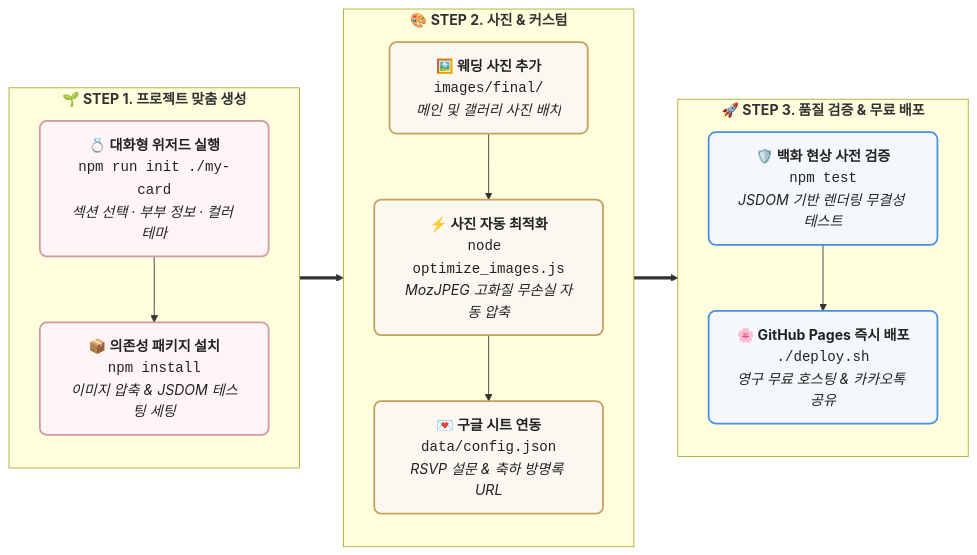
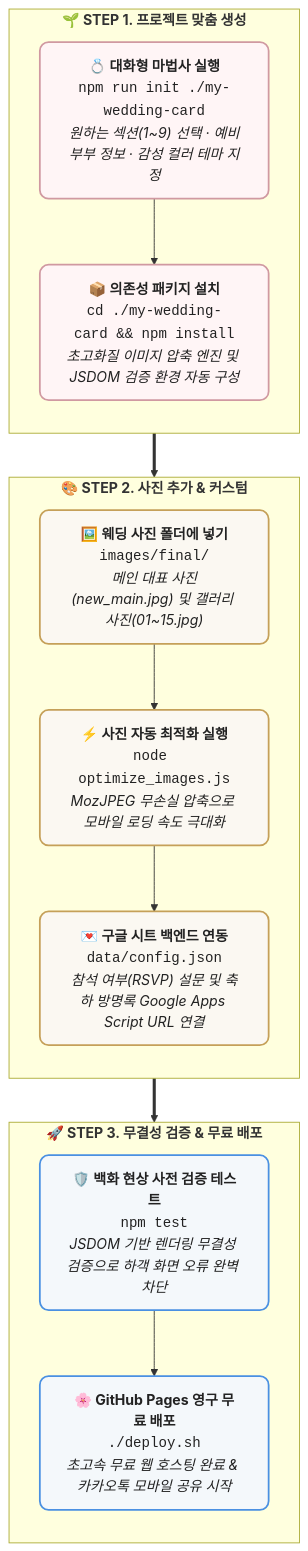
Before and after one commit to unoShin/wedding-card: the diagram in .agents/skills/mobile-wedding-card/README.md, drawn with Mermaid.

Commit message:
Auto-deploy verification passed: 2026-08-28 17:41:15

````diff
--- a/.agents/skills/mobile-wedding-card/README.md
+++ b/.agents/skills/mobile-wedding-card/README.md
@@ -116,37 +116,39 @@
 ```mermaid
-flowchart LR
-    %% Subgraphs for 3 distinct phases
+flowchart TD
+    %% Phase 1: 맞춤 프로젝트 생성
     subgraph P1 ["<b>🌱 STEP 1. 프로젝트 맞춤 생성</b>"]
         direction TB
-        A["<b>💍 대화형 위저드 실행</b><br/><code>npm run init ./my-card</code><br/><i>섹션 선택 · 부부 정보 · 컬러 테마</i>"]
-        B["<b>📦 의존성 패키지 설치</b><br/><code>npm install</code><br/><i>이미지 압축 & JSDOM 테스팅 세팅</i>"]
+        A["<b>💍 대화형 마법사 실행</b><br/><code>npm run init ./my-wedding-card</code><br/><i>원하는 섹션(1~9) 선택 · 예비부부 정보 · 감성 컬러 테마 지정</i>"]
+        B["<b>📦 의존성 패키지 설치</b><br/><code>cd ./my-wedding-card && npm install</code><br/><i>초고화질 이미지 압축 엔진 및 JSDOM 검증 환경 자동 구성</i>"]
         A --> B
     end
 
-    subgraph P2 ["<b>🎨 STEP 2. 사진 & 커스텀</b>"]
+    %% Phase 2: 사진 및 커스텀
+    subgraph P2 ["<b>🎨 STEP 2. 사진 추가 & 커스텀</b>"]
         direction TB
-        C["<b>🖼️ 웨딩 사진 추가</b><br/><code>images/final/</code><br/><i>메인 및 갤러리 사진 배치</i>"]
-        D["<b>⚡ 사진 자동 최적화</b><br/><code>node optimize_images.js</code><br/><i>MozJPEG 고화질 무손실 자동 압축</i>"]
-        E["<b>💌 구글 시트 연동</b><br/><code>data/config.json</code><br/><i>RSVP 설문 & 축하 방명록 URL</i>"]
+        C["<b>🖼️ 웨딩 사진 폴더에 넣기</b><br/><code>images/final/</code><br/><i>메인 대표 사진(new_main.jpg) 및 갤러리 사진(01~15.jpg)</i>"]
+        D["<b>⚡ 사진 자동 최적화 실행</b><br/><code>node optimize_images.js</code><br/><i>MozJPEG 무손실 압축으로 모바일 로딩 속도 극대화</i>"]
+        E["<b>💌 구글 시트 백엔드 연동</b><br/><code>data/config.json</code><br/><i>참석 여부(RSVP) 설문 및 축하 방명록 Google Apps Script URL 연결</i>"]
         C --> D --> E
     end
 
-    subgraph P3 ["<b>🚀 STEP 3. 품질 검증 & 무료 배포</b>"]
+    %% Phase 3: 품질 검증 및 배포
+    subgraph P3 ["<b>🚀 STEP 3. 무결성 검증 & 무료 배포</b>"]
         direction TB
-        F["<b>🛡️ 백화 현상 사전 검증</b><br/><code>npm test</code><br/><i>JSDOM 기반 렌더링 무결성 테스트</i>"]
-        G["<b>🌸 GitHub Pages 즉시 배포</b><br/><code>./deploy.sh</code><br/><i>영구 무료 호스팅 & 카카오톡 공유</i>"]
+        F["<b>🛡️ 백화 현상 사전 검증 테스트</b><br/><code>npm test</code><br/><i>JSDOM 기반 렌더링 무결성 검증으로 하객 화면 오류 완벽 차단</i>"]
+        G["<b>🌸 GitHub Pages 영구 무료 배포</b><br/><code>./deploy.sh</code><br/><i>초고속 무료 웹 호스팅 완료 & 카카오톡 모바일 공유 시작</i>"]
         F --> G
     end
 
     B ==> C
     E ==> F
 
     %% Custom High-Craft Styling
-    classDef stepPink fill:#fff5f6,stroke:#d099a1,stroke-width:2px,color:#222,rx:8px,ry:8px;
-    classDef stepGold fill:#fbf8f2,stroke:#c5a059,stroke-width:2px,color:#222,rx:8px,ry:8px;
-    classDef stepBlue fill:#f4f8fb,stroke:#4a90e2,stroke-width:2px,color:#222,rx:8px,ry:8px;
+    classDef stepPink fill:#fff5f6,stroke:#d099a1,stroke-width:2px,color:#222,rx:10px,ry:10px;
+    classDef stepGold fill:#fbf8f2,stroke:#c5a059,stroke-width:2px,color:#222,rx:10px,ry:10px;
+    classDef stepBlue fill:#f4f8fb,stroke:#4a90e2,stroke-width:2px,color:#222,rx:10px,ry:10px;
 
     class A,B stepPink;
     class C,D,E stepGold;
     class F,G stepBlue;
 ```
````
